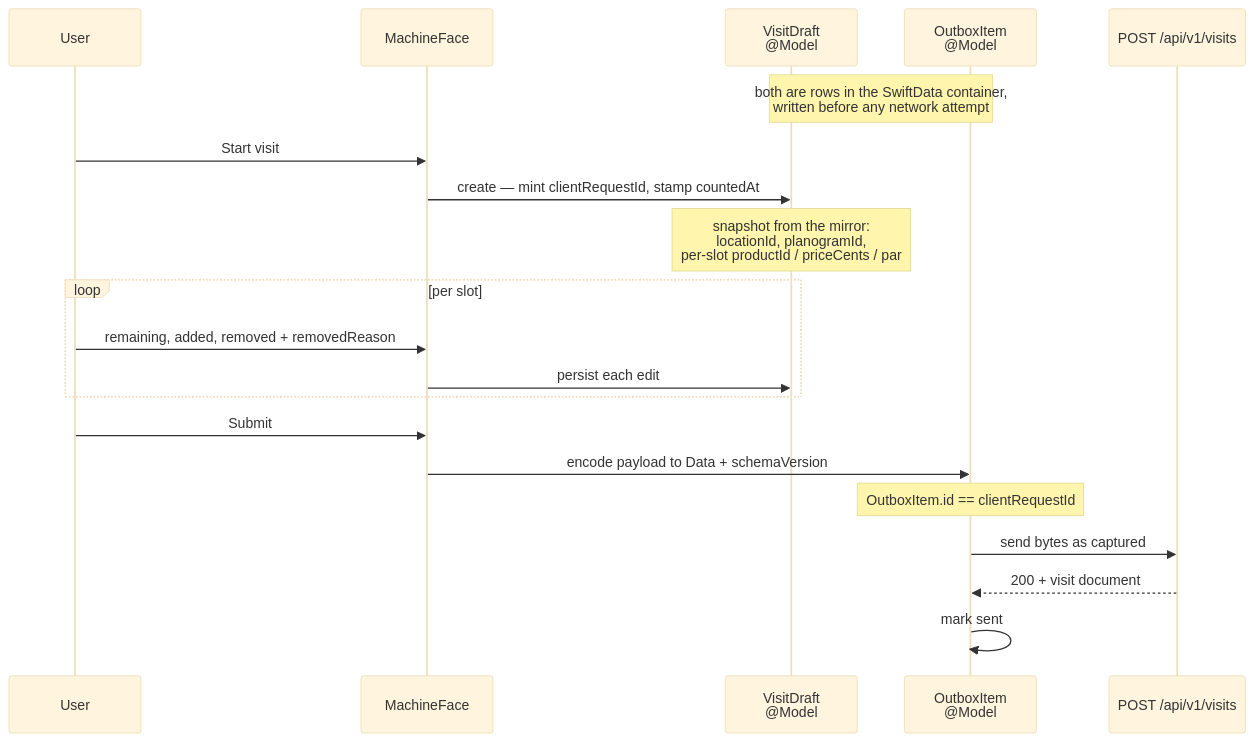
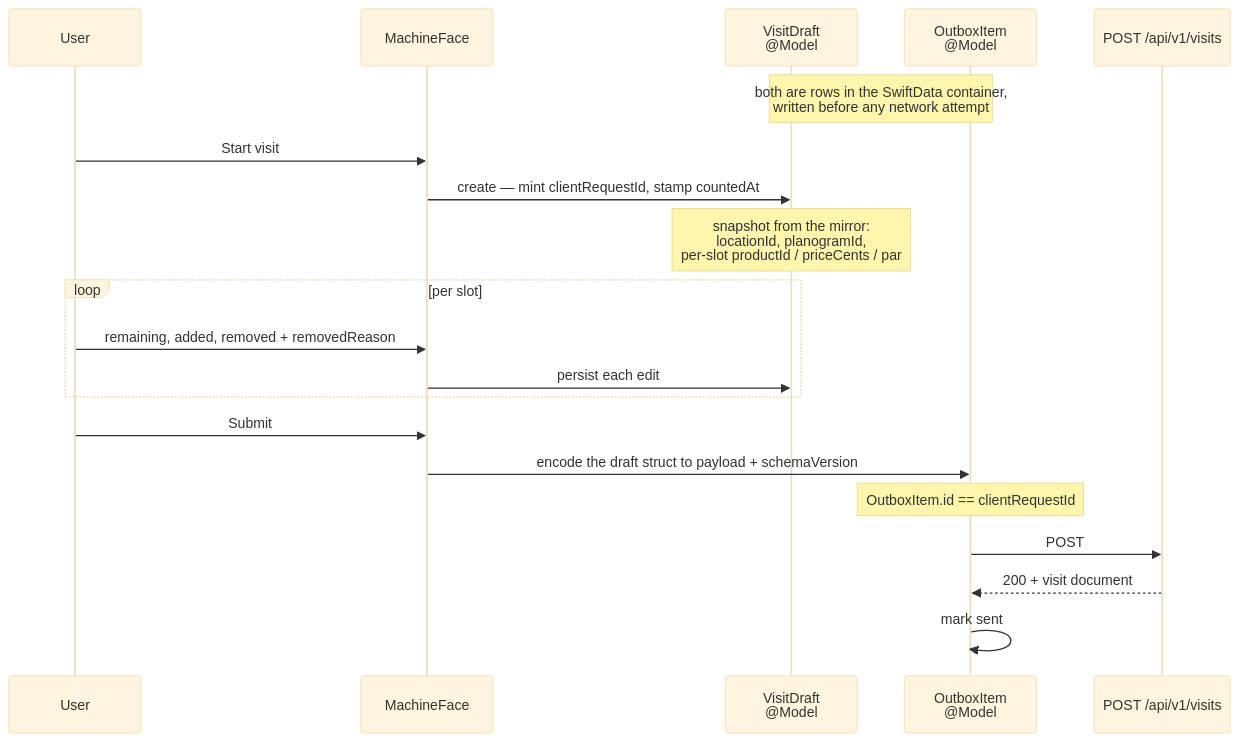
One commit to jmoyers14/vendpire changed the fourth of 6 diagrams in docs/diagrams/visit-sync.md. Above: the diagram before and after it, drawn with Mermaid (base theme). The commit also changed other lines of this file and 23 other files, not shown here.

````diff
--- a/docs/diagrams/visit-sync.md
+++ b/docs/diagrams/visit-sync.md
@@ -118,27 +118,27 @@
 ```mermaid
 sequenceDiagram
     participant User
     participant Capture as MachineFace
     participant Draft as VisitDraft<br/>@Model
     participant Item as OutboxItem<br/>@Model
     participant Api as POST /api/v1/visits
 
     Note over Draft,Item: both are rows in the SwiftData container,<br/>written before any network attempt
 
     User->>Capture: Start visit
     Capture->>Draft: create — mint clientRequestId, stamp countedAt
     Note over Draft: snapshot from the mirror:<br/>locationId, planogramId,<br/>per-slot productId / priceCents / par
 
     loop per slot
         User->>Capture: remaining, added, removed + removedReason
         Capture->>Draft: persist each edit
     end
 
     User->>Capture: Submit
-    Capture->>Item: encode payload to Data + schemaVersion
+    Capture->>Item: encode the draft struct to payload + schemaVersion
     Note over Item: OutboxItem.id == clientRequestId
 
-    Item->>Api: send bytes as captured
+    Item->>Api: POST
     Api-->>Item: 200 + visit document
     Item->>Item: mark sent
 ```
````
